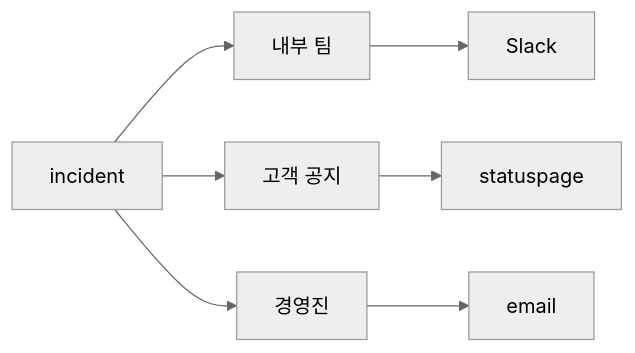
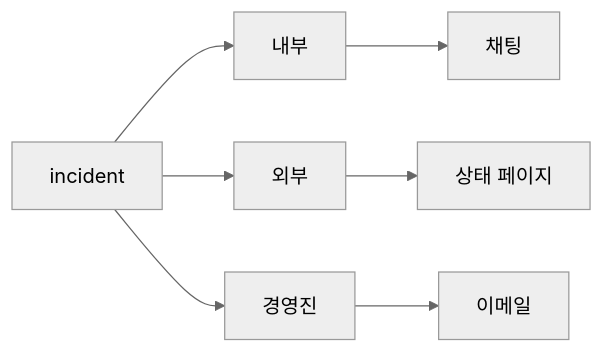
One commit to yeongseon-books/book-content changed the diagram in content/incident-response-101/ko/04-communication.md. Above: the diagram before and after it, drawn with Mermaid (neutral theme). The commit also changed other lines of this file and 9 other files, not shown here.

````diff
--- a/content/incident-response-101/ko/04-communication.md
+++ b/content/incident-response-101/ko/04-communication.md
@@ -57,9 +49,9 @@
 ```mermaid
 flowchart LR
-    Incident["incident"] --> Internal["내부 팀"]
-    Incident --> External["고객 공지"]
+    Incident["incident"] --> Internal["내부"]
+    Incident --> External["외부"]
     Incident --> Exec["경영진"]
-    Internal --> Slack["Slack"]
-    External --> Status["statuspage"]
-    Exec --> Email["email"]
+    Internal --> Slack["채팅"]
+    External --> Status["상태 페이지"]
+    Exec --> Email["이메일"]
 ```
````
